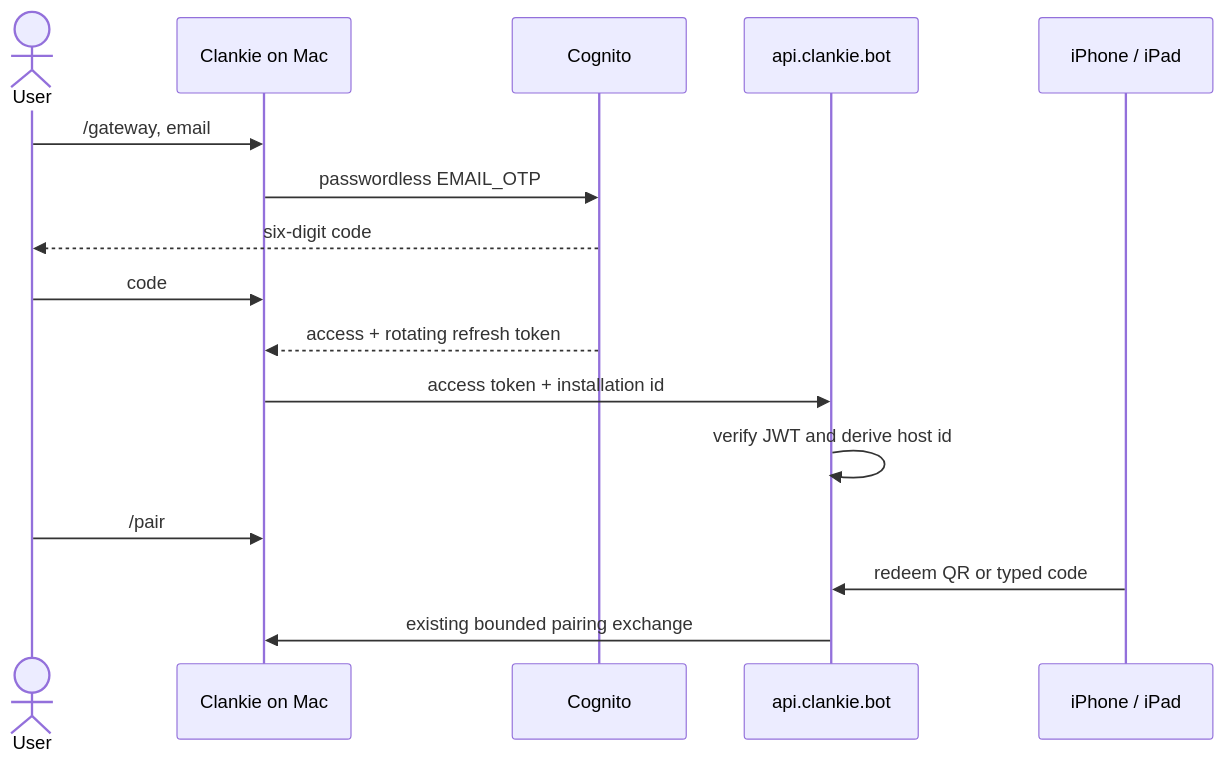
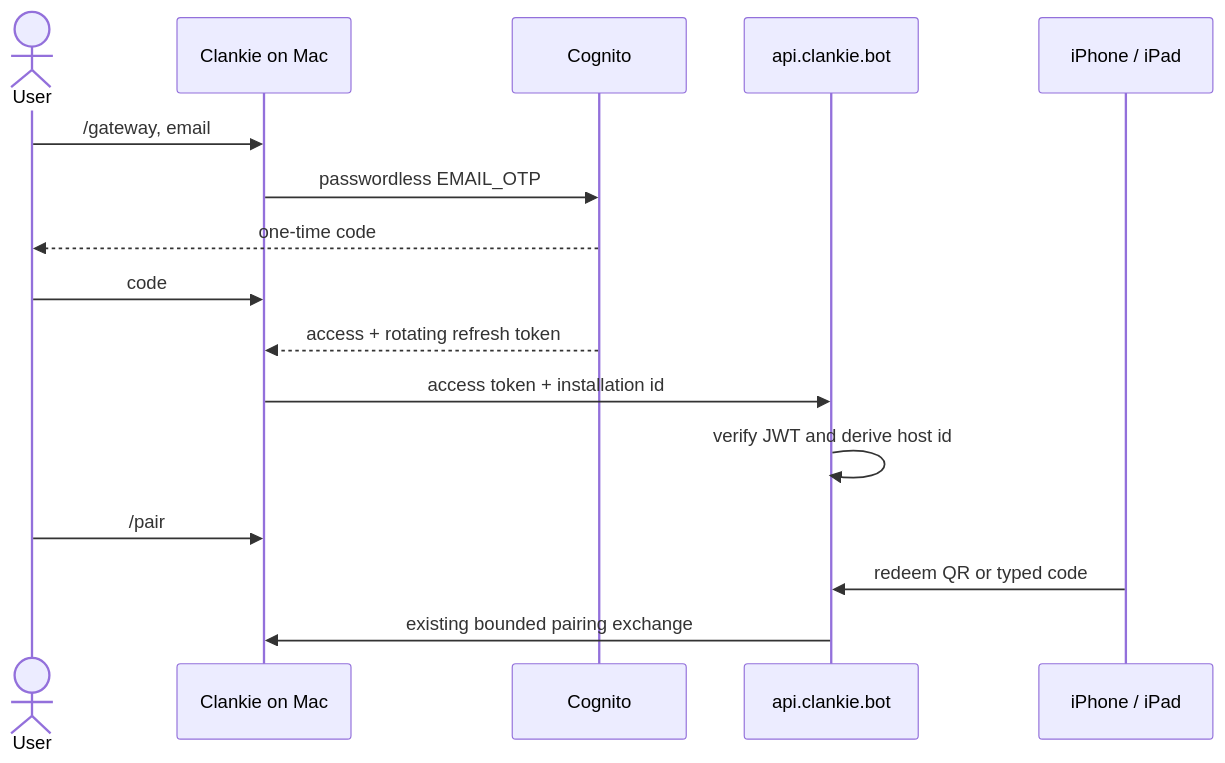
The diagram in docs/adr/0153-an-account-signs-the-mac-in.md (Volpestyle/clankie), drawn with Mermaid before and after one commit. The commit also changed other lines of this file and 7 other files, not shown here.

````diff
--- a/docs/adr/0153-an-account-signs-the-mac-in.md
+++ b/docs/adr/0153-an-account-signs-the-mac-in.md
@@ -38,18 +38,18 @@
 ```mermaid
 sequenceDiagram
   actor User
   participant Mac as Clankie on Mac
   participant Cognito
   participant Gateway as api.clankie.bot
   participant Phone as iPhone / iPad
   User->>Mac: /gateway, email
   Mac->>Cognito: passwordless EMAIL_OTP
-  Cognito-->>User: six-digit code
+  Cognito-->>User: one-time code
   User->>Mac: code
   Cognito-->>Mac: access + rotating refresh token
   Mac->>Gateway: access token + installation id
   Gateway->>Gateway: verify JWT and derive host id
   User->>Mac: /pair
   Phone->>Gateway: redeem QR or typed code
   Gateway->>Mac: existing bounded pairing exchange
 ```
````
